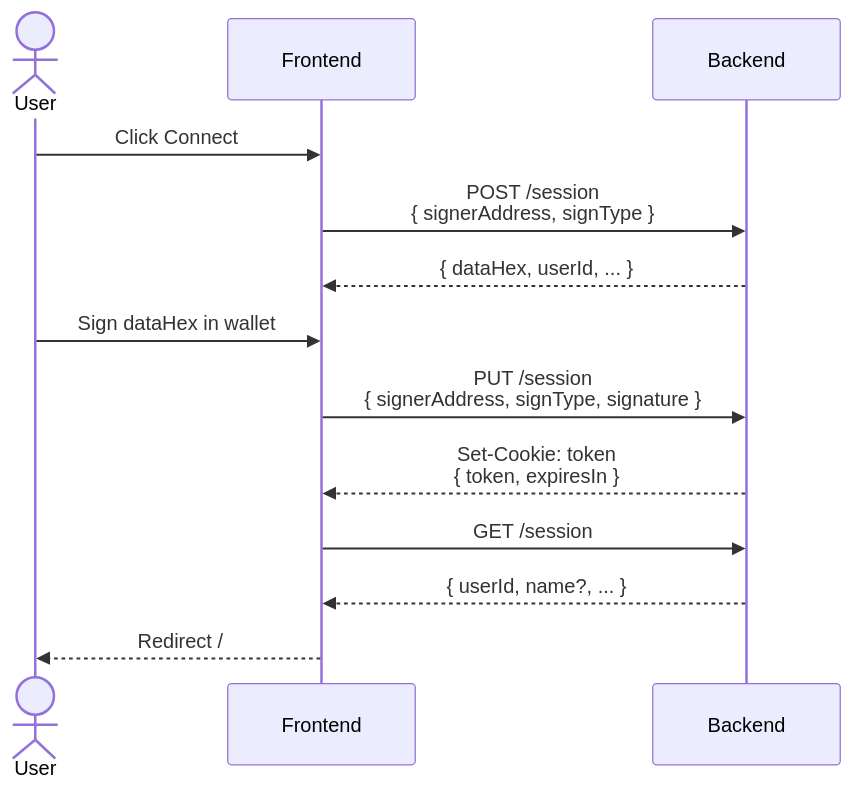
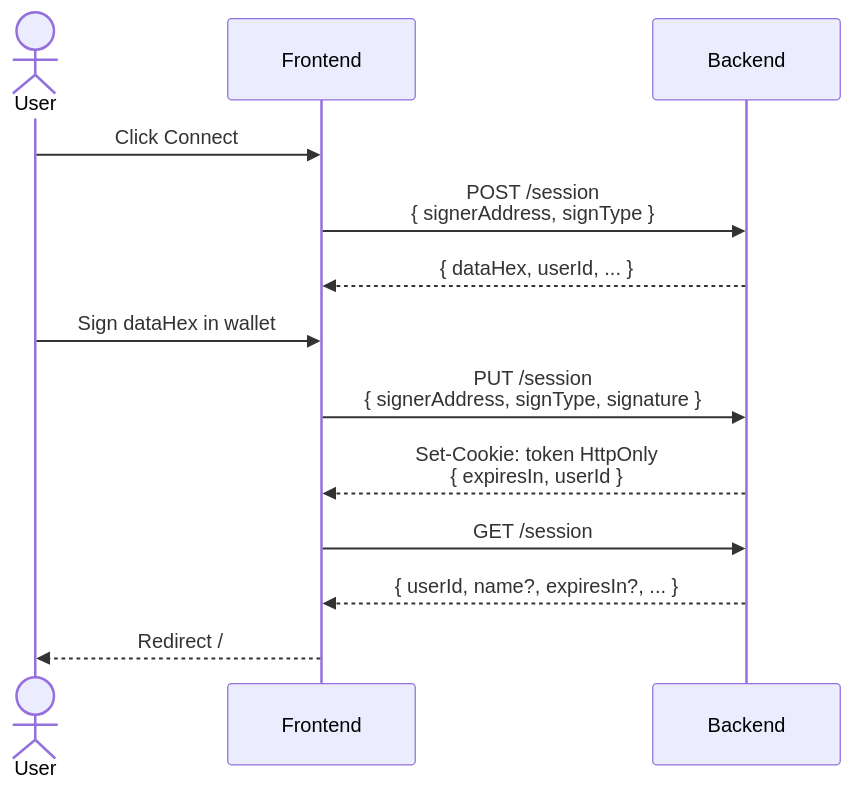
Before and after one commit to lerna-labs/ekklesia-proposal-module: the diagram in docs/login-flow.md, drawn with Mermaid. The commit also changed other lines of this file and 16 other files, not shown here.

````diff
--- a/docs/login-flow.md
+++ b/docs/login-flow.md
@@ -217,16 +204,16 @@
 ```mermaid
 sequenceDiagram
     actor User
     participant Frontend
     participant Backend
 
     User->>Frontend: Click Connect
     Frontend->>Backend: POST /session<br/>{ signerAddress, signType }
     Backend-->>Frontend: { dataHex, userId, ... }
     User->>Frontend: Sign dataHex in wallet
     Frontend->>Backend: PUT /session<br/>{ signerAddress, signType, signature }
-    Backend-->>Frontend: Set-Cookie: token<br/>{ token, expiresIn }
+    Backend-->>Frontend: Set-Cookie: token HttpOnly<br/>{ expiresIn, userId }
     Frontend->>Backend: GET /session
-    Backend-->>Frontend: { userId, name?, ... }
+    Backend-->>Frontend: { userId, name?, expiresIn?, ... }
     Frontend-->>User: Redirect /
 ```
````
